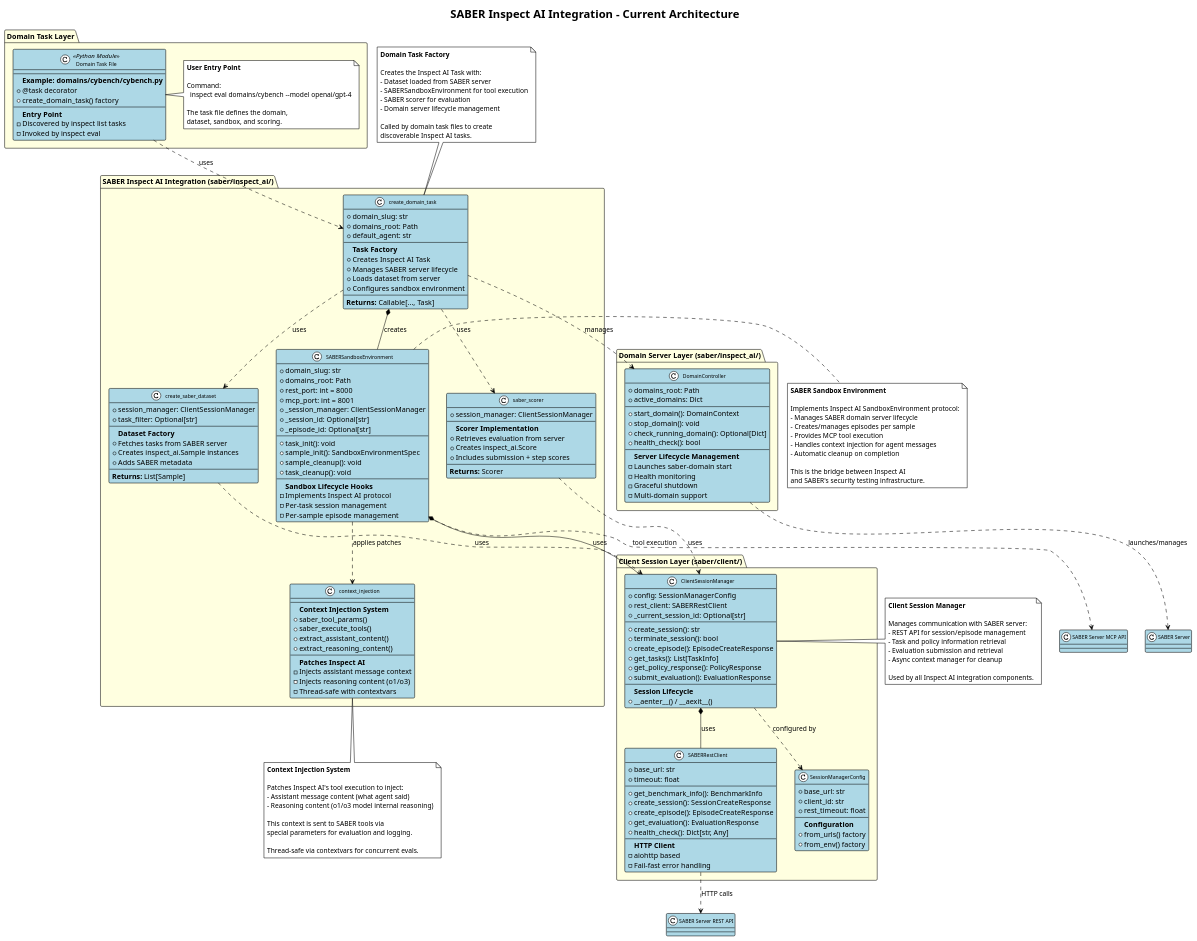
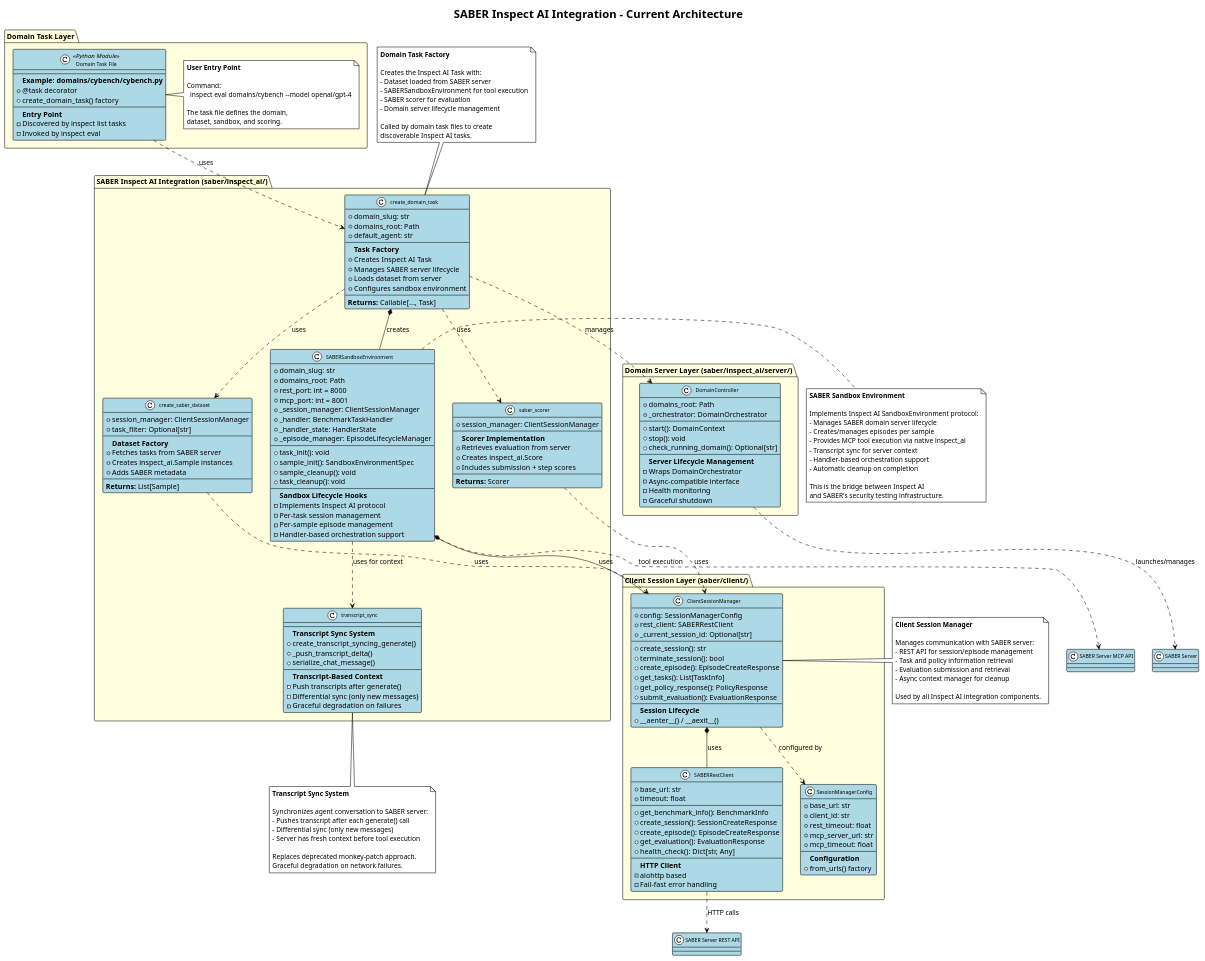
One commit to microsoft/ACES changed the diagram in docs/client/client_architecture.puml. Above: the diagram before and after it, drawn with PlantUML. The commit also changed 44 other files, not shown here.

```diff
--- a/docs/client/client_architecture.puml
+++ b/docs/client/client_architecture.puml
@@ -66,8 +66,9 @@
         +rest_port: int = 8000
         +mcp_port: int = 8001
         +_session_manager: ClientSessionManager
-        +_session_id: Optional[str]
-        +_episode_id: Optional[str]
+        +_handler: BenchmarkTaskHandler
+        +_handler_state: HandlerState
+        +_episode_manager: EpisodeLifecycleManager
         --
         +task_init(): void
         +sample_init(): SandboxEnvironmentSpec
@@ -78,6 +79,7 @@
         - Implements Inspect AI protocol
         - Per-task session management
         - Per-sample episode management
+        - Handler-based orchestration support
     }
 
     class create_saber_dataset {
@@ -103,18 +105,17 @@
         **Returns:** Scorer
     }
 
-    class context_injection {
+    class transcript_sync {
         --
-        **Context Injection System**
-        +saber_tool_params()
-        +saber_execute_tools()
-        +extract_assistant_content()
-        +extract_reasoning_content()
+        **Transcript Sync System**
+        +create_transcript_syncing_generate()
+        +_push_transcript_delta()
+        +serialize_chat_message()
         --
-        **Patches Inspect AI**
-        - Injects assistant message context
-        - Injects reasoning content (o1/o3)
-        - Thread-safe with contextvars
+        **Transcript-Based Context**
+        - Push transcripts after generate()
+        - Differential sync (only new messages)
+        - Graceful degradation on failures
     }
 }
 
@@ -155,28 +156,28 @@
         +base_url: str
         +client_id: str
         +rest_timeout: float
+        +mcp_server_url: str
+        +mcp_timeout: float
         --
         **Configuration**
         +from_urls() factory
-        +from_env() factory
     }
 }
 
-package "Domain Server Layer (saber/inspect_ai/)" {
+package "Domain Server Layer (saber/inspect_ai/server/)" {
     class DomainController {
         +domains_root: Path
-        +active_domains: Dict
+        +_orchestrator: DomainOrchestrator
         --
-        +start_domain(): DomainContext
-        +stop_domain(): void
-        +check_running_domain(): Optional[Dict]
-        +health_check(): bool
+        +start(): DomainContext
+        +stop(): void
+        +check_running_domain(): Optional[str]
         --
         **Server Lifecycle Management**
-        - Launches saber-domain start
+        - Wraps DomainOrchestrator
+        - Async-compatible interface
         - Health monitoring
         - Graceful shutdown
-        - Multi-domain support
     }
 }
 
@@ -188,7 +189,7 @@
 create_domain_task ..> DomainController : manages
 
 SABERSandboxEnvironment *-- ClientSessionManager : uses
-SABERSandboxEnvironment ..> context_injection : applies patches
+SABERSandboxEnvironment ..> transcript_sync : uses for context
 create_saber_dataset ..> ClientSessionManager : uses
 saber_scorer ..> ClientSessionManager : uses
 
@@ -219,8 +220,9 @@
 Implements Inspect AI SandboxEnvironment protocol:
 - Manages SABER domain server lifecycle
 - Creates/manages episodes per sample
-- Provides MCP tool execution
-- Handles context injection for agent messages
+- Provides MCP tool execution via native inspect_ai
+- Transcript sync for server context
+- Handler-based orchestration support
 - Automatic cleanup on completion
 
 This is the bridge between Inspect AI
@@ -239,17 +241,16 @@
 Used by all Inspect AI integration components.
 end note
 
-note bottom of context_injection
-**Context Injection System**
+note bottom of transcript_sync
+**Transcript Sync System**
 
-Patches Inspect AI's tool execution to inject:
-- Assistant message content (what agent said)
-- Reasoning content (o1/o3 model internal reasoning)
+Synchronizes agent conversation to SABER server:
+- Pushes transcript after each generate() call
+- Differential sync (only new messages)
+- Server has fresh context before tool execution
 
-This context is sent to SABER tools via
-special parameters for evaluation and logging.
-
-Thread-safe via contextvars for concurrent evals.
+Replaces deprecated monkey-patch approach.
+Graceful degradation on network failures.
 end note
 
 @enduml
```
